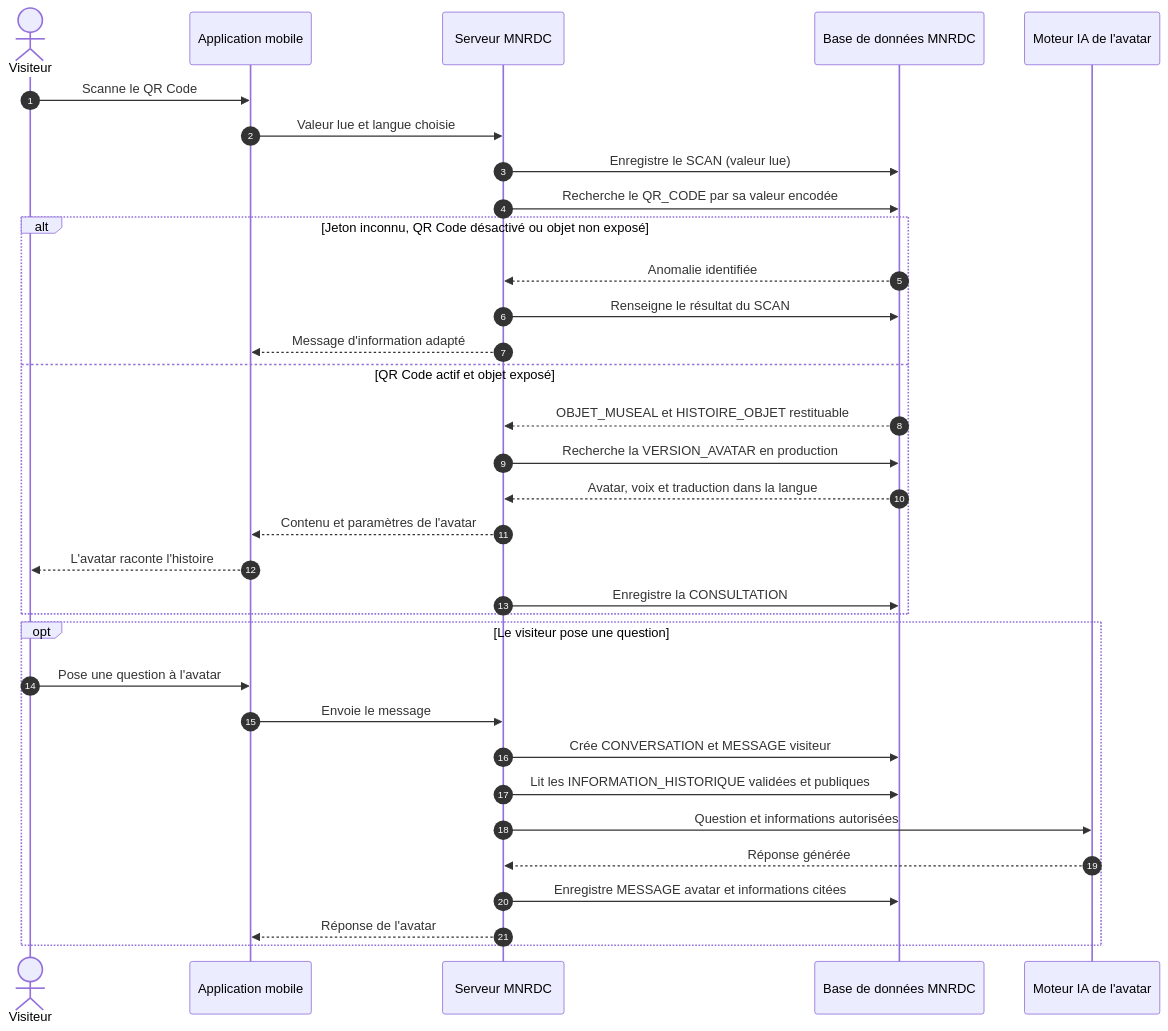
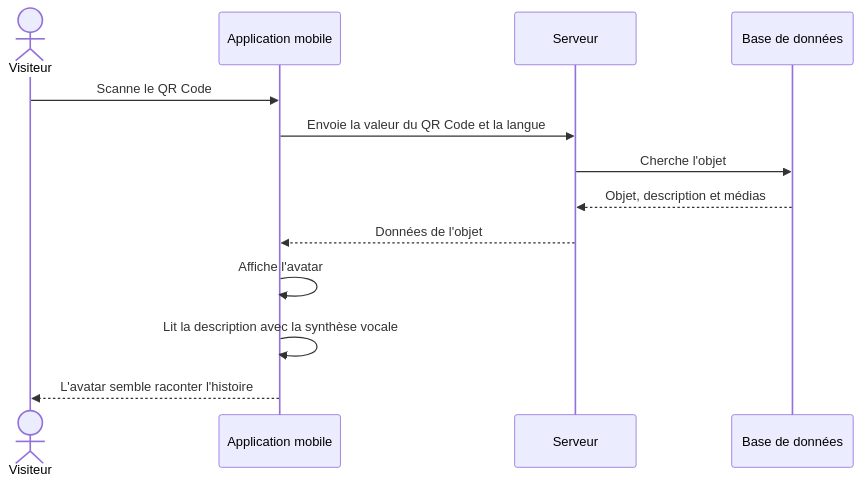
The second of 3 diagrams in mcd.md (UMOJALABS/MNRDC-BACKEND), drawn with Mermaid before and after one commit. The commit also changed other lines of this file, not shown here.

````diff
--- a/mcd.md
+++ b/mcd.md
@@ -1335,36 +131,16 @@
 ```mermaid
 sequenceDiagram
-    autonumber
     actor V as Visiteur
     participant APP as Application mobile
-    participant SRV as Serveur MNRDC
-    participant BD as Base de données MNRDC
-    participant IA as Moteur IA de l'avatar
+    participant API as Serveur
+    participant BD as Base de données
 
     V->>APP: Scanne le QR Code
-    APP->>SRV: Valeur lue et langue choisie
-    SRV->>BD: Enregistre le SCAN (valeur lue)
-    SRV->>BD: Recherche le QR_CODE par sa valeur encodée
-    alt Jeton inconnu, QR Code désactivé ou objet non exposé
-        BD-->>SRV: Anomalie identifiée
-        SRV->>BD: Renseigne le résultat du SCAN
-        SRV-->>APP: Message d'information adapté
-    else QR Code actif et objet exposé
-        BD-->>SRV: OBJET_MUSEAL et HISTOIRE_OBJET restituable
-        SRV->>BD: Recherche la VERSION_AVATAR en production
-        BD-->>SRV: Avatar, voix et traduction dans la langue
-        SRV-->>APP: Contenu et paramètres de l'avatar
-        APP-->>V: L'avatar raconte l'histoire
-        SRV->>BD: Enregistre la CONSULTATION
-    end
-    opt Le visiteur pose une question
-        V->>APP: Pose une question à l'avatar
-        APP->>SRV: Envoie le message
-        SRV->>BD: Crée CONVERSATION et MESSAGE visiteur
-        SRV->>BD: Lit les INFORMATION_HISTORIQUE validées et publiques
-        SRV->>IA: Question et informations autorisées
-        IA-->>SRV: Réponse générée
-        SRV->>BD: Enregistre MESSAGE avatar et informations citées
-        SRV-->>APP: Réponse de l'avatar
-    end
+    APP->>API: Envoie la valeur du QR Code et la langue
+    API->>BD: Cherche l'objet
+    BD-->>API: Objet, description et médias
+    API-->>APP: Données de l'objet
+    APP->>APP: Affiche l'avatar
+    APP->>APP: Lit la description avec la synthèse vocale
+    APP-->>V: L'avatar semble raconter l'histoire
 ```
````
